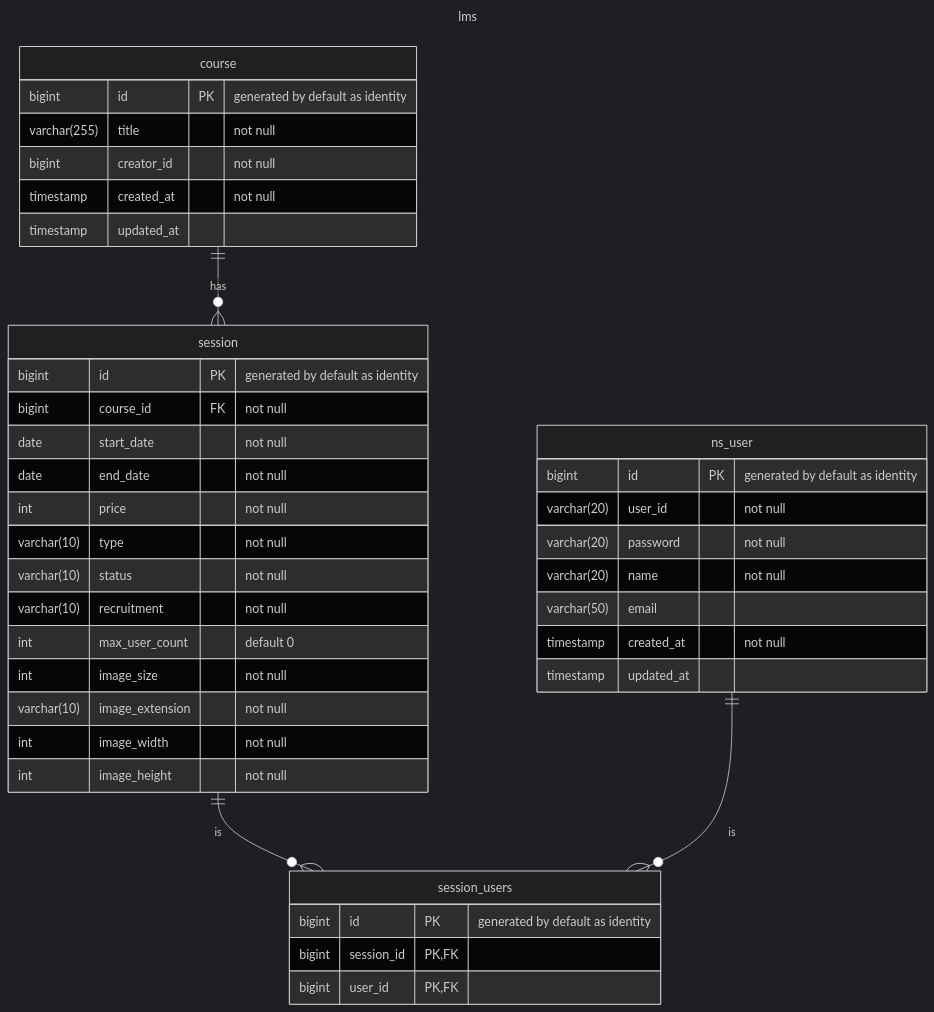
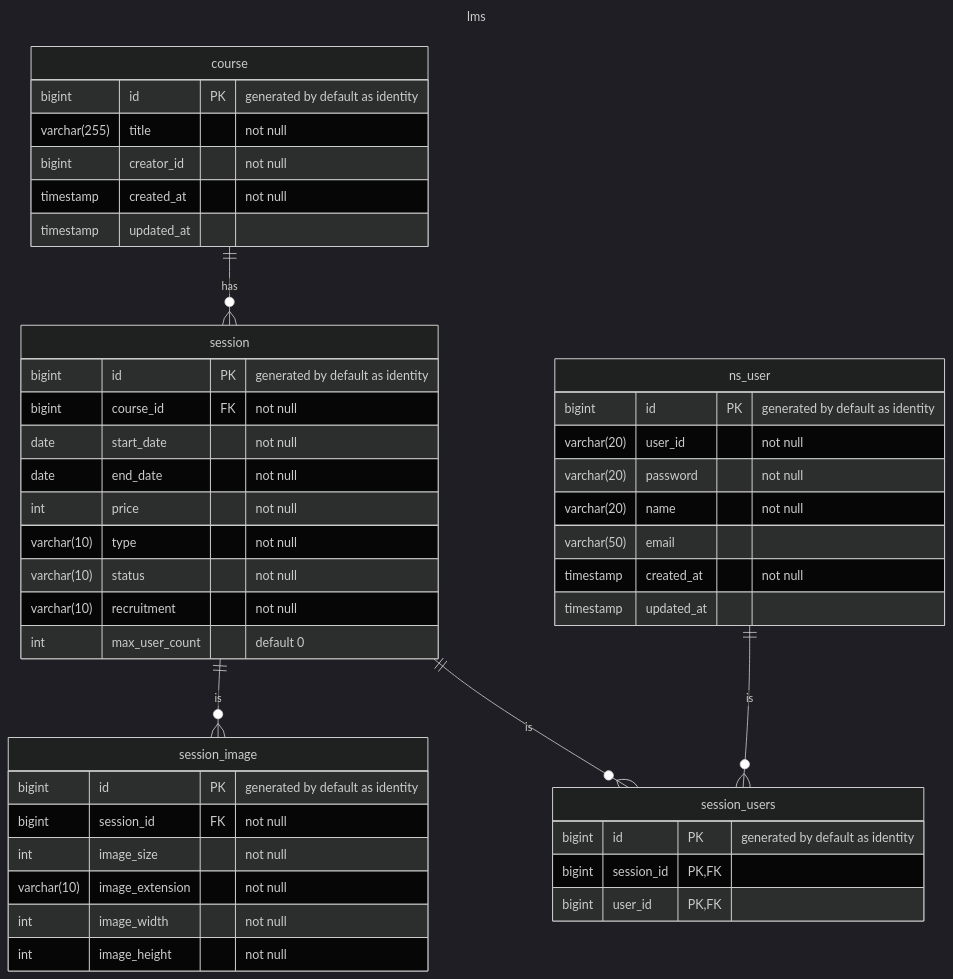
Before and after one commit to next-step/java-lms: the diagram in README.md, drawn with Mermaid (dark theme). The commit also changed other lines of this file and 9 other files, not shown here.

````diff
--- a/README.md
+++ b/README.md
@@ -86,45 +86,50 @@
 ```mermaid
 ---
 title: lms
 ---
 erDiagram
     course {
         bigint id PK "generated by default as identity"
         varchar(255) title "not null"
         bigint creator_id "not null"
         timestamp created_at "not null"
         timestamp updated_at
     }
     course ||--o{ session: has
+    session_image {
+      bigint id PK "generated by default as identity"
+      bigint session_id FK "not null"
+      int image_size "not null"
+      varchar(10) image_extension "not null"
+      int image_width "not null"
+      int image_height "not null"
+    }
+    session ||--o{ session_image: is
     session {
         bigint id PK "generated by default as identity"
         bigint course_id FK "not null"
         date start_date "not null"
         date end_date "not null"
         int price "not null"
         varchar(10) type "not null"
         varchar(10) status "not null"
         varchar(10) recruitment "not null"
         int max_user_count "default 0"
-        int image_size "not null"
-        varchar(10) image_extension "not null"
-        int image_width "not null"
-        int image_height "not null"
     }
     session ||--o{ session_users: is
     session_users {
         bigint id PK "generated by default as identity"
         bigint session_id PK, FK
         bigint user_id PK, FK
     }
     ns_user ||--o{ session_users: is
     ns_user {
         bigint id PK "generated by default as identity"
         varchar(20) user_id "not null"
         varchar(20) password "not null"
         varchar(20) name "not null"
         varchar(50) email
         timestamp created_at "not null"
         timestamp updated_at
     }
 ```
````
